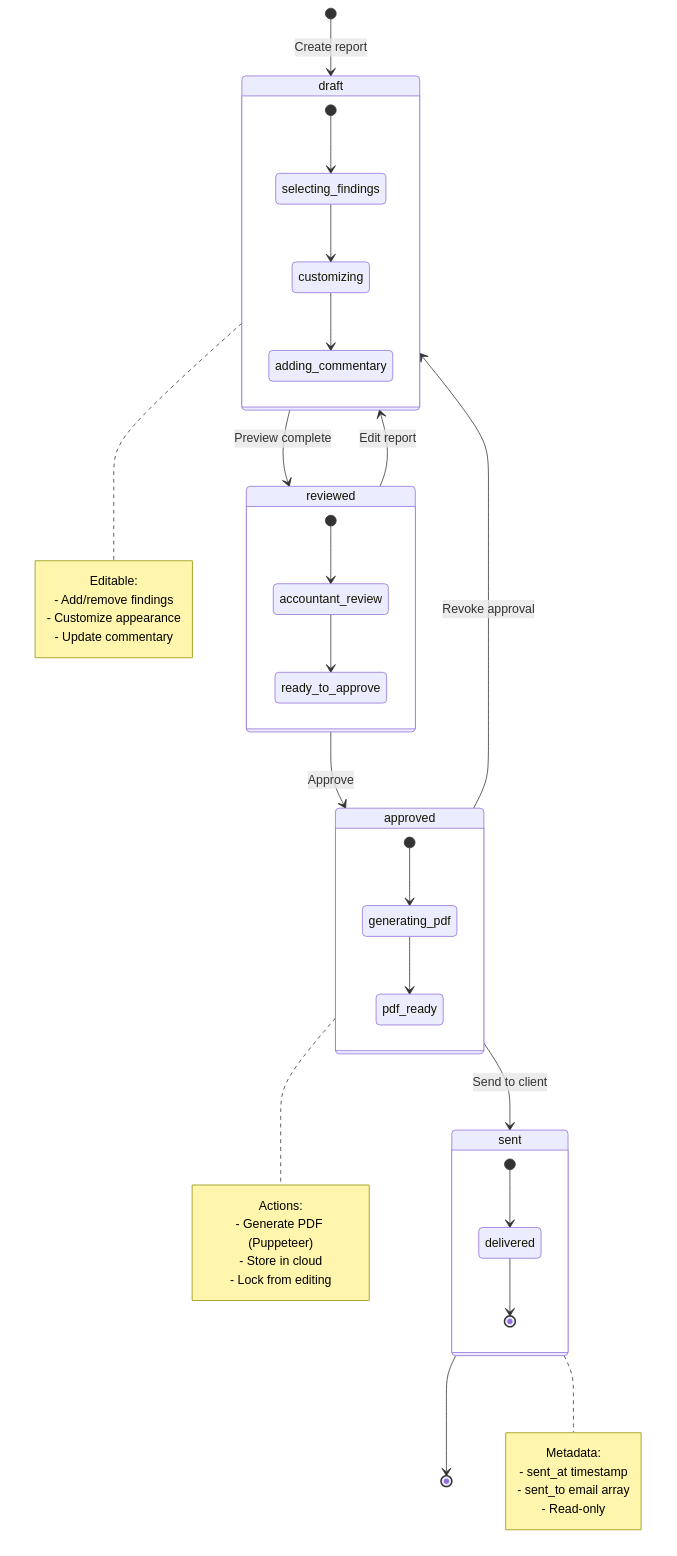
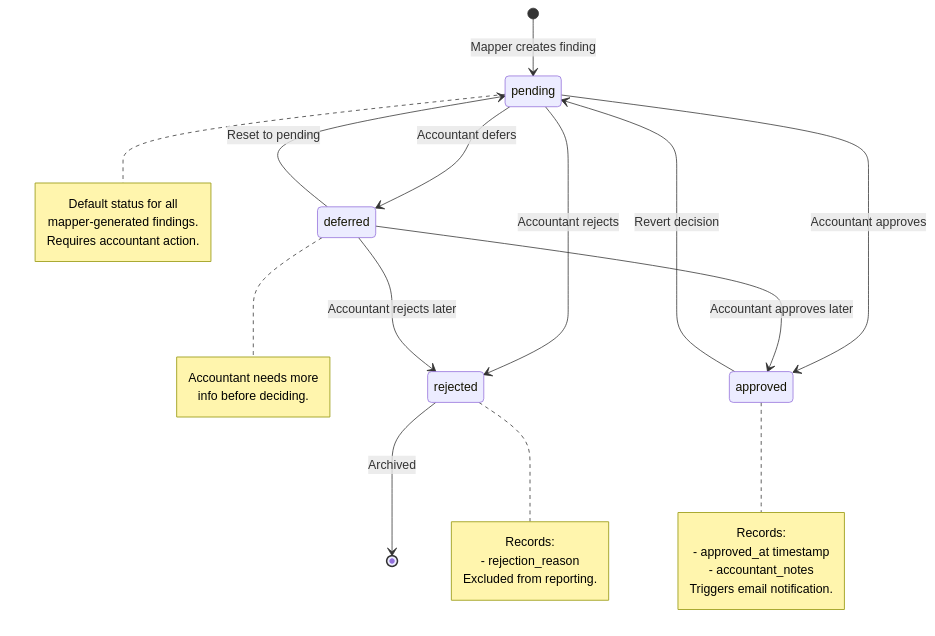
Before and after one commit to CleanExpo/ATO: diagram 13 of 15 in docs/diagrams/accountant-workflow-system.md, drawn with Mermaid. The commit also changed other lines of this file and 4 other files, not shown here.

First line of the commit message:
Update accountant workflow architecture docs to match implementation (ORCH-ACC-001)

````diff
--- a/docs/diagrams/accountant-workflow-system.md
+++ b/docs/diagrams/accountant-workflow-system.md
@@ -615,56 +540,40 @@
 ```mermaid
 stateDiagram-v2
-    [*] --> draft: Create report
+    [*] --> pending: Mapper creates finding
 
-    state draft {
-        [*] --> selecting_findings
-        selecting_findings --> customizing
-        customizing --> adding_commentary
-    }
+    pending --> approved: Accountant approves
+    pending --> rejected: Accountant rejects
+    pending --> deferred: Accountant defers
 
-    draft --> reviewed: Preview complete
+    deferred --> approved: Accountant approves later
+    deferred --> rejected: Accountant rejects later
+    deferred --> pending: Reset to pending
 
-    state reviewed {
-        [*] --> accountant_review
-        accountant_review --> ready_to_approve
-    }
+    approved --> pending: Revert decision
 
-    reviewed --> draft: Edit report
-    reviewed --> approved: Approve
+    rejected --> [*]: Archived
 
-    state approved {
-        [*] --> generating_pdf
-        generating_pdf --> pdf_ready
-    }
-
-    approved --> draft: Revoke approval
-    approved --> sent: Send to client
-
-    state sent {
-        [*] --> delivered
-        delivered --> [*]
-    }
-
-    sent --> [*]
-
-    note right of draft
-        Editable:
-        - Add/remove findings
-        - Customize appearance
-        - Update commentary
+    note right of pending
+        Default status for all
+        mapper-generated findings.
+        Requires accountant action.
     end note
 
     note right of approved
-        Actions:
-        - Generate PDF (Puppeteer)
-        - Store in cloud
-        - Lock from editing
+        Records:
+        - approved_at timestamp
+        - accountant_notes
+        Triggers email notification.
     end note
 
-    note right of sent
-        Metadata:
-        - sent_at timestamp
-        - sent_to email array
-        - Read-only
+    note right of rejected
+        Records:
+        - rejection_reason
+        Excluded from reporting.
+    end note
+
+    note right of deferred
+        Accountant needs more
+        info before deciding.
     end note
 ```
````
